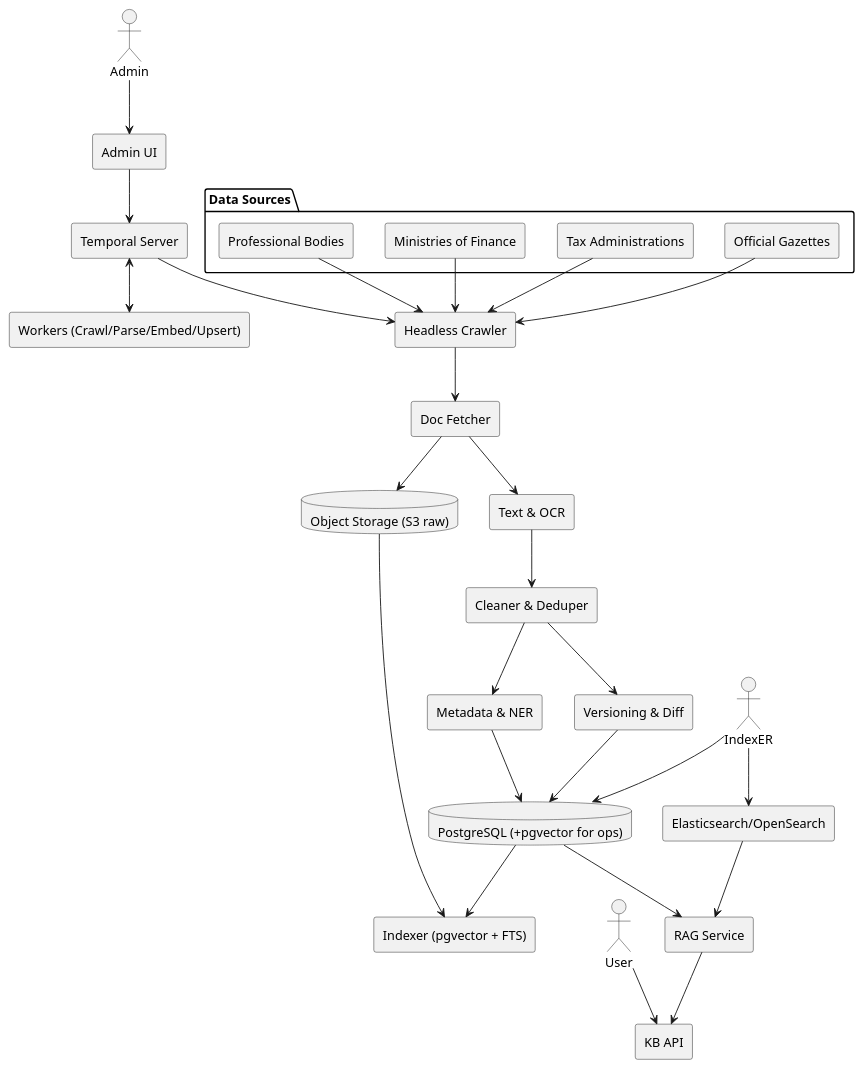
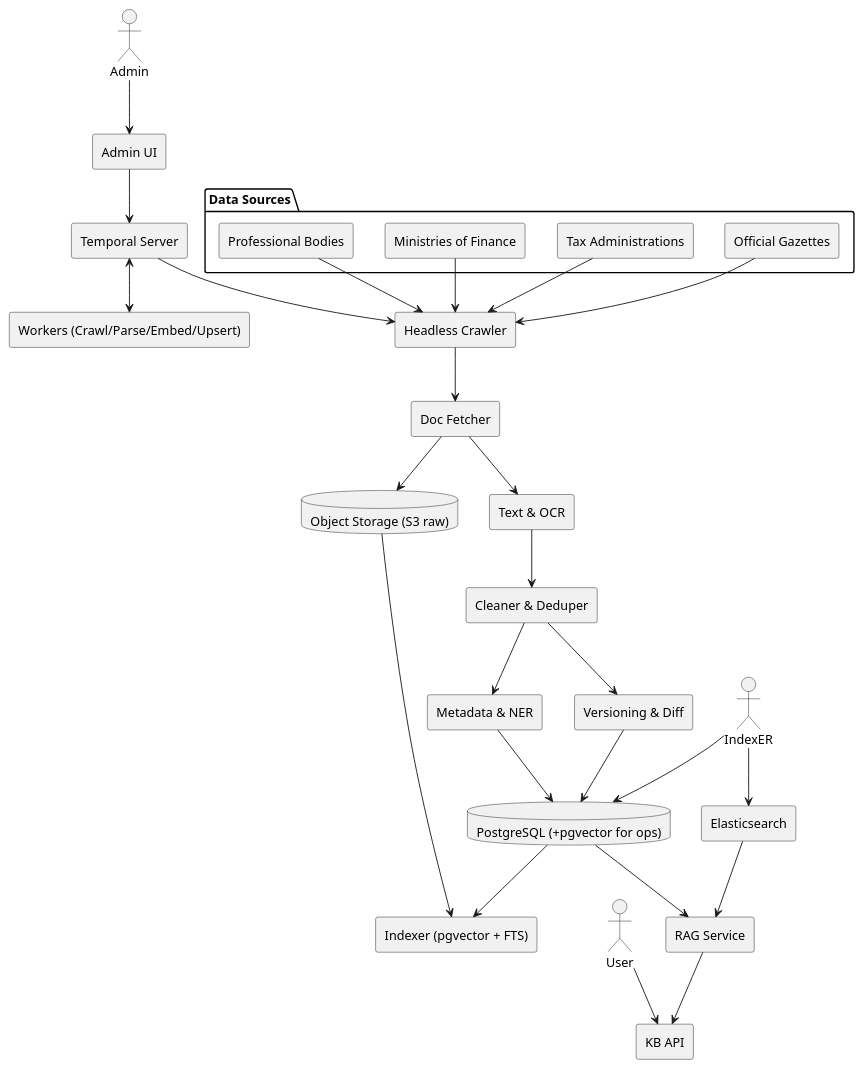
One commit to konstantinmds/accounting changed the diagram in README.md. Above: the diagram before and after it, drawn with PlantUML. The commit also changed other lines of this file and 7 other files, not shown here.

````diff
--- a/README.md
+++ b/README.md
@@ -289,59 +289,59 @@
 ```plantuml
 @startuml
 skinparam componentStyle rectangle
 actor Admin
 actor User
 
 package "Data Sources" {
   [Official Gazettes]
   [Tax Administrations]
   [Ministries of Finance]
   [Professional Bodies]
 }
 
 component "Temporal Server" as Temporal
 component "Workers (Crawl/Parse/Embed/Upsert)" as Workers
 component "Headless Crawler" as Crawler
 component "Doc Fetcher" as Fetcher
 component "Text & OCR" as Extractor
 component "Cleaner & Deduper" as Cleaner
 component "Metadata & NER" as Metadata
 component "Versioning & Diff" as Versioning
 component "Indexer (pgvector + FTS)" as Indexer
 component "RAG Service" as RAG
 component "Admin UI" as AdminUI
 component "KB API" as API
 
 database "PostgreSQL (+pgvector for ops)" as PG
 database "Object Storage (S3 raw)" as S3
-component "Elasticsearch/OpenSearch" as ES
+component "Elasticsearch" as ES
 
 Admin --> AdminUI
 User --> API
 
 [Official Gazettes] --> Crawler
 [Tax Administrations] --> Crawler
 [Ministries of Finance] --> Crawler
 [Professional Bodies] --> Crawler
 
 Temporal <--> Workers
 AdminUI --> Temporal
 Temporal --> Crawler
 Crawler --> Fetcher
 Fetcher --> S3
 Fetcher --> Extractor
 Extractor --> Cleaner
 Cleaner --> Metadata
 Metadata --> PG
 Cleaner --> Versioning
 Versioning --> PG
 
 PG --> Indexer
 S3 --> Indexer
 IndexER --> PG
 IndexER --> ES
 PG --> RAG
 ES --> RAG
 RAG --> API
 @enduml
 ```
````
